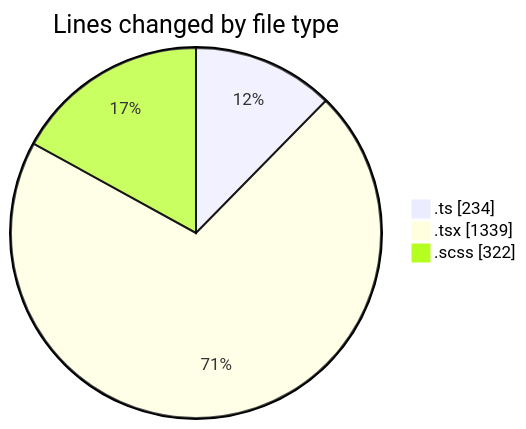
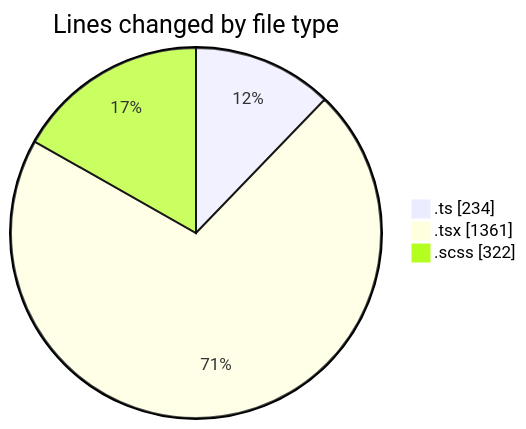
Before and after one commit to momahboobian/code-tracking: the first of 2 diagrams in 2025-05-01/cda/README.md, drawn with Mermaid. The commit also changed other lines of this file and 1 other file, not shown here.

````diff
--- a/2025-05-01/cda/README.md
+++ b/2025-05-01/cda/README.md
@@ -30,7 +30,7 @@
 ```mermaid
 pie showData
 title Lines changed by file type
 ".ts" : 234
-".tsx" : 1339
+".tsx" : 1361
 ".scss" : 322
 ```
````
